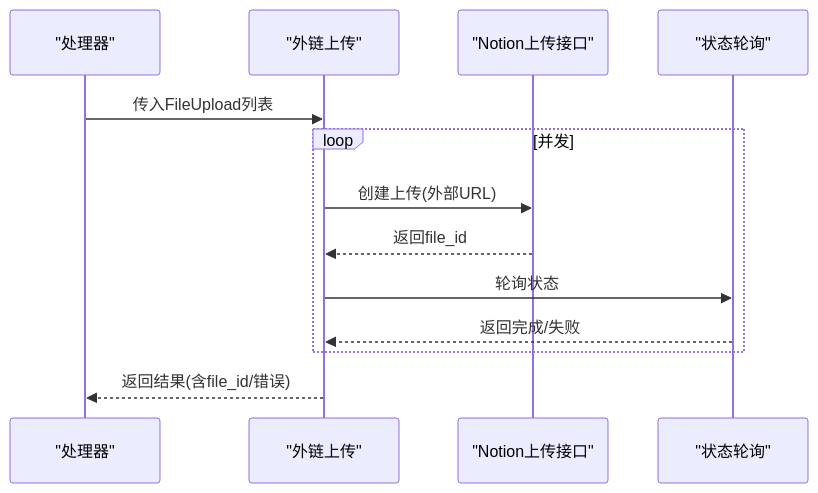
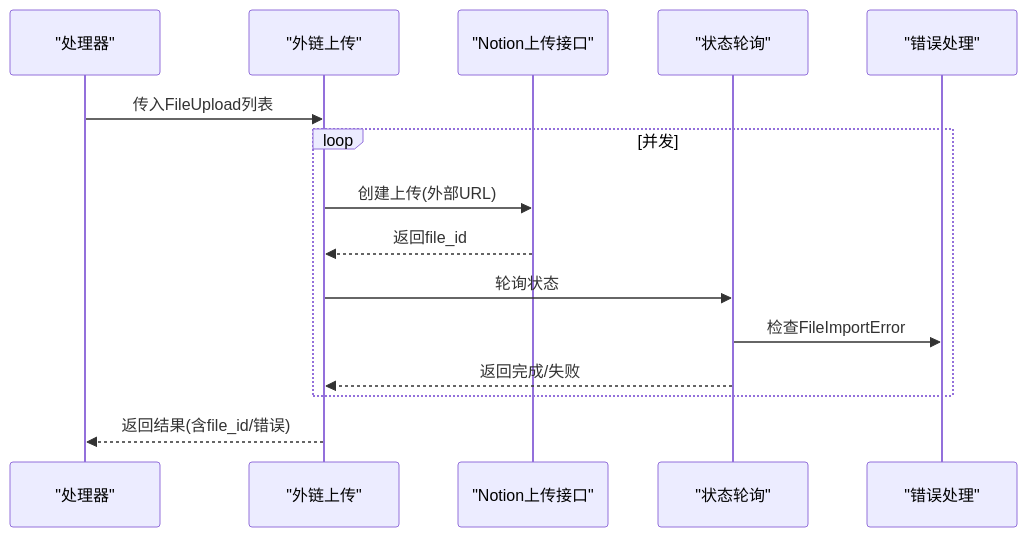
One commit to iverwong/DataLife changed the fourth of 9 diagrams in .qoder/repowiki/zh/content/核心模块详解/Notion集成模块/文件上传策略.md. Above: the diagram before and after it, drawn with Mermaid. The commit also changed other lines of this file and 14 other files, not shown here.

````diff
--- a/.qoder/repowiki/zh/content/核心模块详解/Notion集成模块/文件上传策略.md
+++ b/.qoder/repowiki/zh/content/核心模块详解/Notion集成模块/文件上传策略.md
@@ -147,15 +170,17 @@
 ```mermaid
 sequenceDiagram
 participant H as "处理器"
 participant U as "外链上传"
 participant N as "Notion上传接口"
 participant P as "状态轮询"
+participant E as "错误处理"
 H->>U : 传入FileUpload列表
 loop 并发
 U->>N : 创建上传(外部URL)
 N-->>U : 返回file_id
 U->>P : 轮询状态
+P->>E : 检查FileImportError
 P-->>U : 返回完成/失败
 end
 U-->>H : 返回结果(含file_id/错误)
 ```
````
